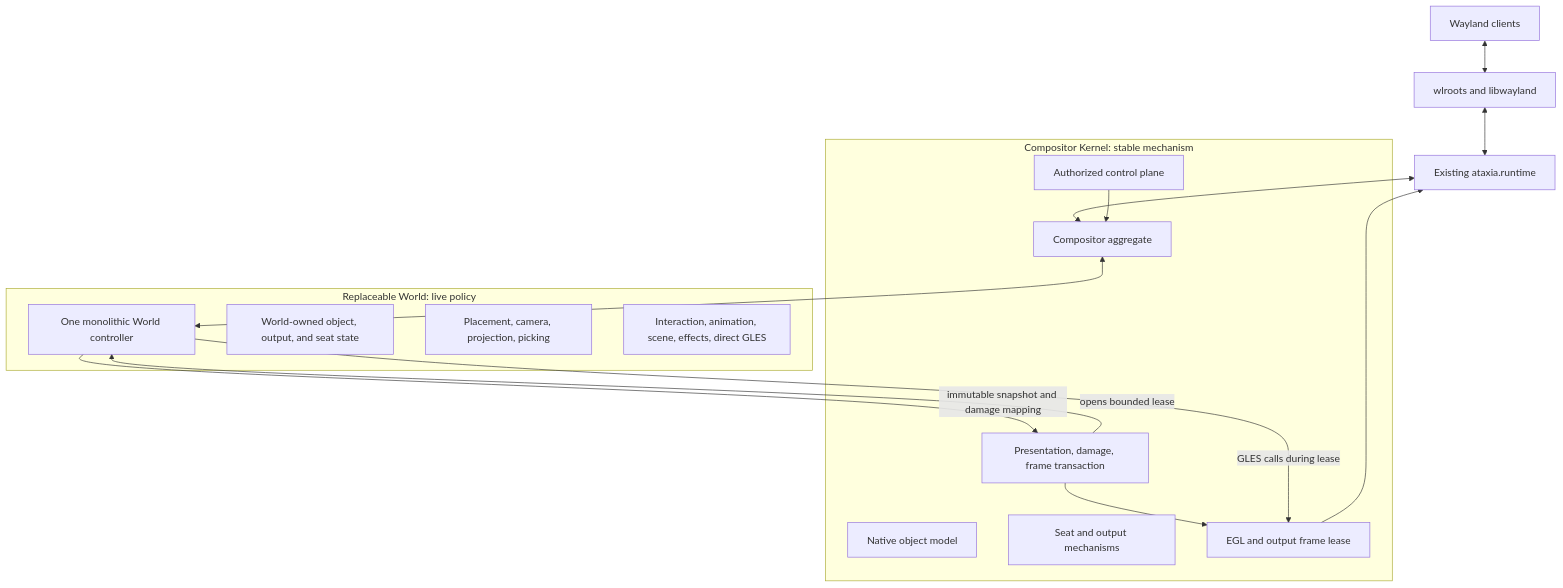
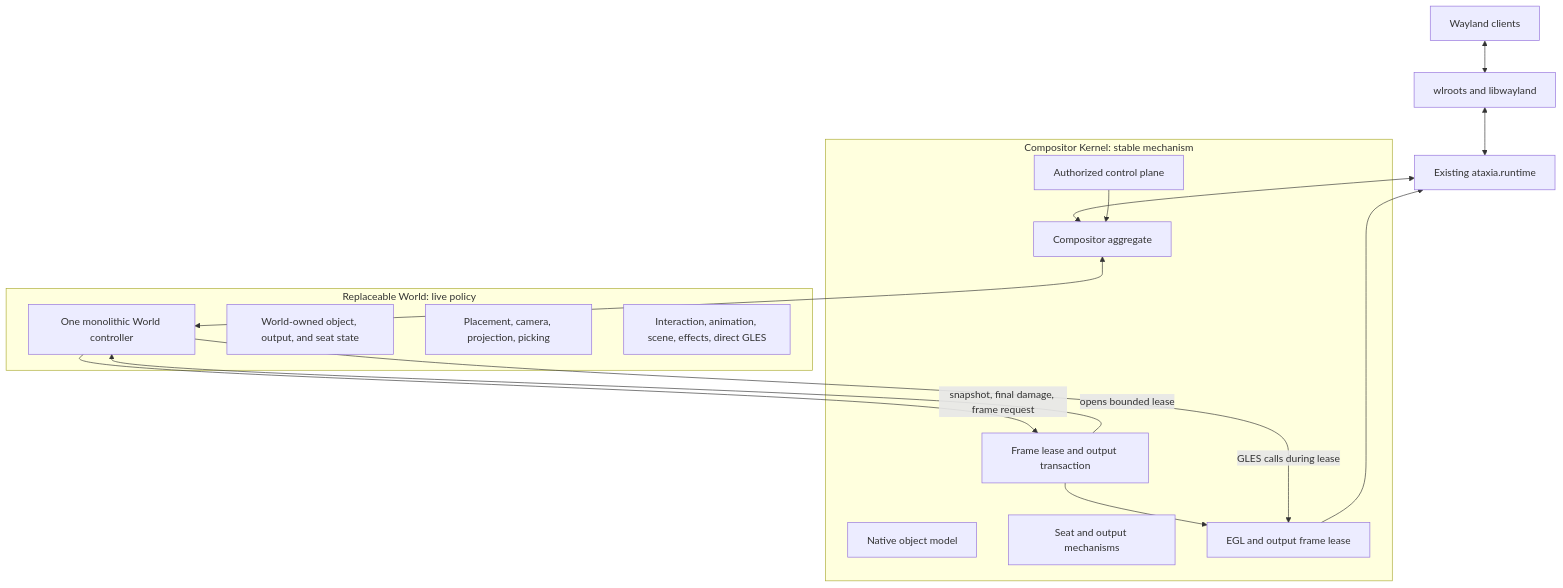
One commit to SeungheonOh/ataxia changed the first of 4 diagrams in docs/POST-RUNTIME-REDESIGN-PLAN.md. Above: the diagram before and after it, drawn with Mermaid. The commit also changed other lines of this file, not shown here.

Commit message:
docs: make world own object state and damage

````diff
--- a/docs/POST-RUNTIME-REDESIGN-PLAN.md
+++ b/docs/POST-RUNTIME-REDESIGN-PLAN.md
@@ -87,30 +95,30 @@
 ```mermaid
 flowchart TD
     CLIENT[Wayland clients] <--> WLR[wlroots and libwayland]
     WLR <--> RT[Existing ataxia.runtime]
 
     subgraph K[Compositor Kernel: stable mechanism]
       ROOT[Compositor aggregate]
       MODEL[Native object model]
       IO[Seat and output mechanisms]
-      FRAME[Presentation, damage, frame transaction]
+      FRAME[Frame lease and output transaction]
       LEASE[EGL and output frame lease]
       CONTROL[Authorized control plane]
     end
 
     subgraph W[Replaceable World: live policy]
       WORLD[One monolithic World controller]
       META[World-owned object, output, and seat state]
       SPACE[Placement, camera, projection, picking]
       POLICY[Interaction, animation, scene, effects, direct GLES]
     end
 
     RT <--> ROOT
     ROOT <--> WORLD
-    WORLD -->|immutable snapshot and damage mapping| FRAME
+    WORLD -->|snapshot, final damage, frame request| FRAME
     FRAME -->|opens bounded lease| WORLD
     FRAME --> LEASE
     WORLD -->|GLES calls during lease| LEASE
     LEASE --> RT
     CONTROL --> ROOT
 ```
````
